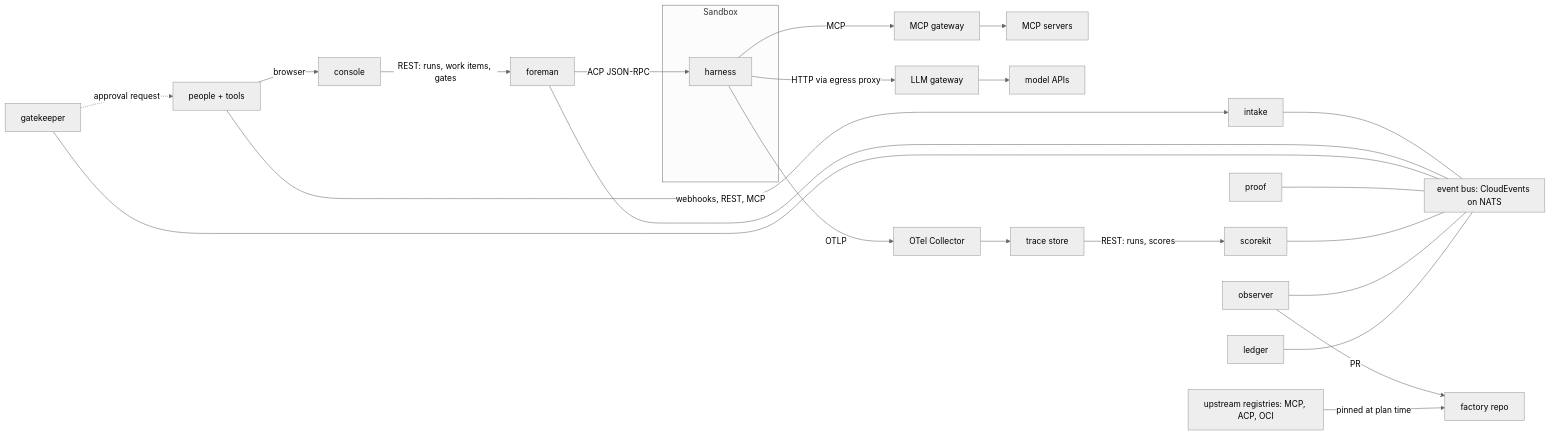
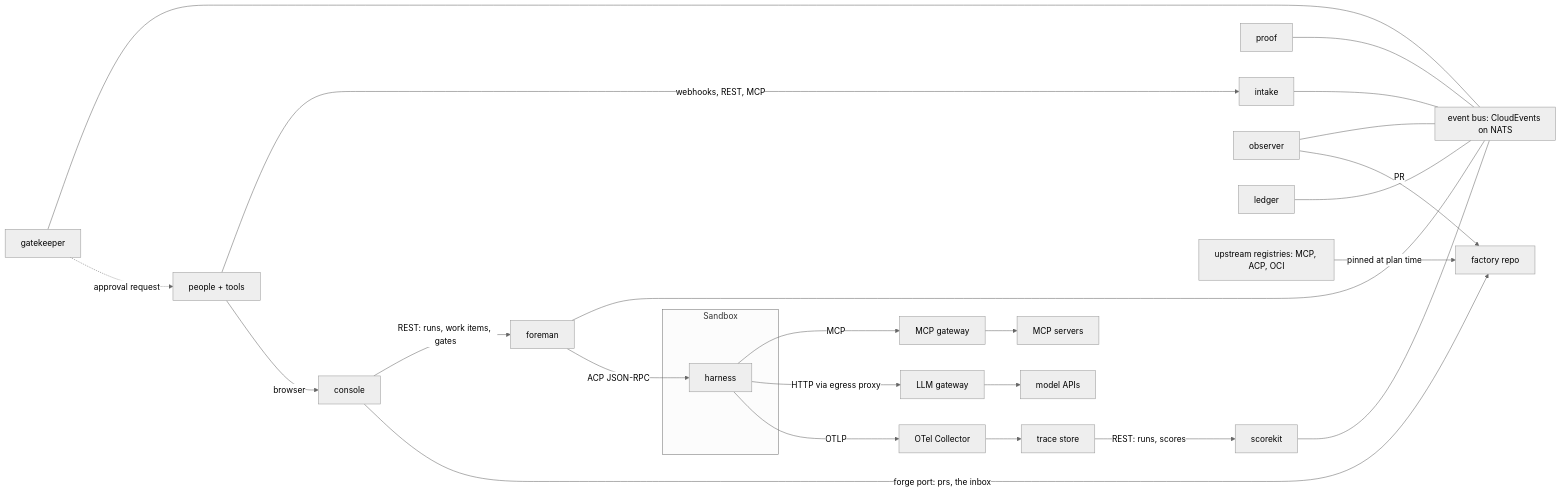
Before and after one commit to sesigl/open-software-factory: the diagram in docs/architecture/internals.md, drawn with Mermaid (neutral theme). The commit also changed 47 other files, not shown here.

First line of the commit message:
feat(console): T-18 the self-improvement inbox and the forge port's prs (#132)

````diff
--- a/docs/architecture/internals.md
+++ b/docs/architecture/internals.md
@@ -123,26 +123,27 @@
 ```mermaid
 flowchart LR
   P[people + tools] -->|webhooks, REST, MCP| IN[intake]
   subgraph Bus[event bus: CloudEvents on NATS]
   end
   IN --- Bus
   FO[foreman] --- Bus
   GK[gatekeeper] --- Bus
   PR[proof] --- Bus
   SK[scorekit] --- Bus
   OB[observer] --- Bus
   LG[ledger] --- Bus
   GK -.->|approval request| P
   FO -->|ACP JSON-RPC| H
   subgraph Sandbox
     H[harness]
   end
   H -->|MCP| MG[MCP gateway] --> MS[MCP servers]
   H -->|HTTP via egress proxy| LG2[LLM gateway] --> M[model APIs]
   H -->|OTLP| OC[OTel Collector] --> T[trace store]
   T -->|REST: runs, scores| SK
   OB -->|PR| R[factory repo]
   P -->|browser| CO[console]
   CO -->|REST: runs, work items, gates| FO
+  CO -->|forge port: prs, the inbox| R
   U[upstream registries: MCP, ACP, OCI] -->|pinned at plan time| R
 ```
````
